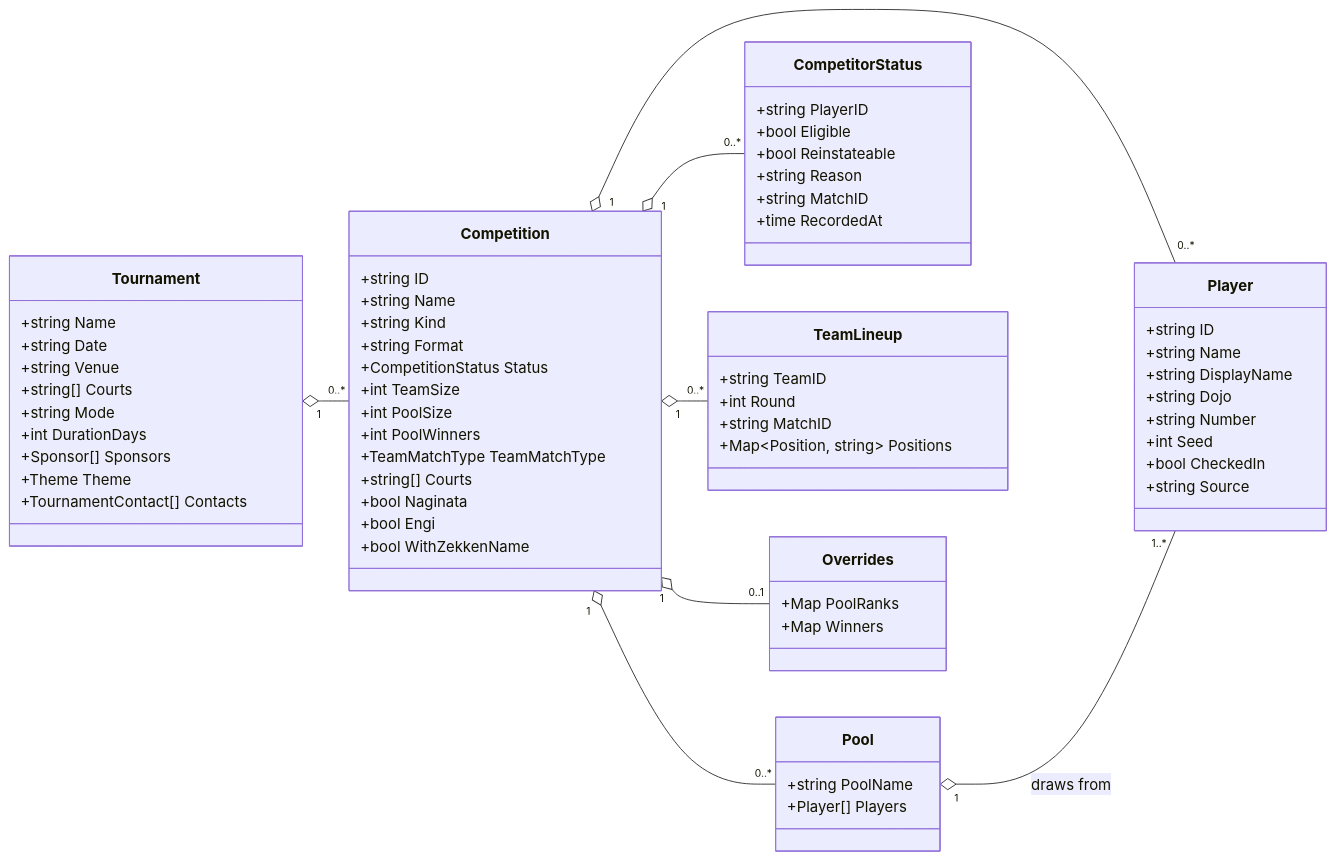
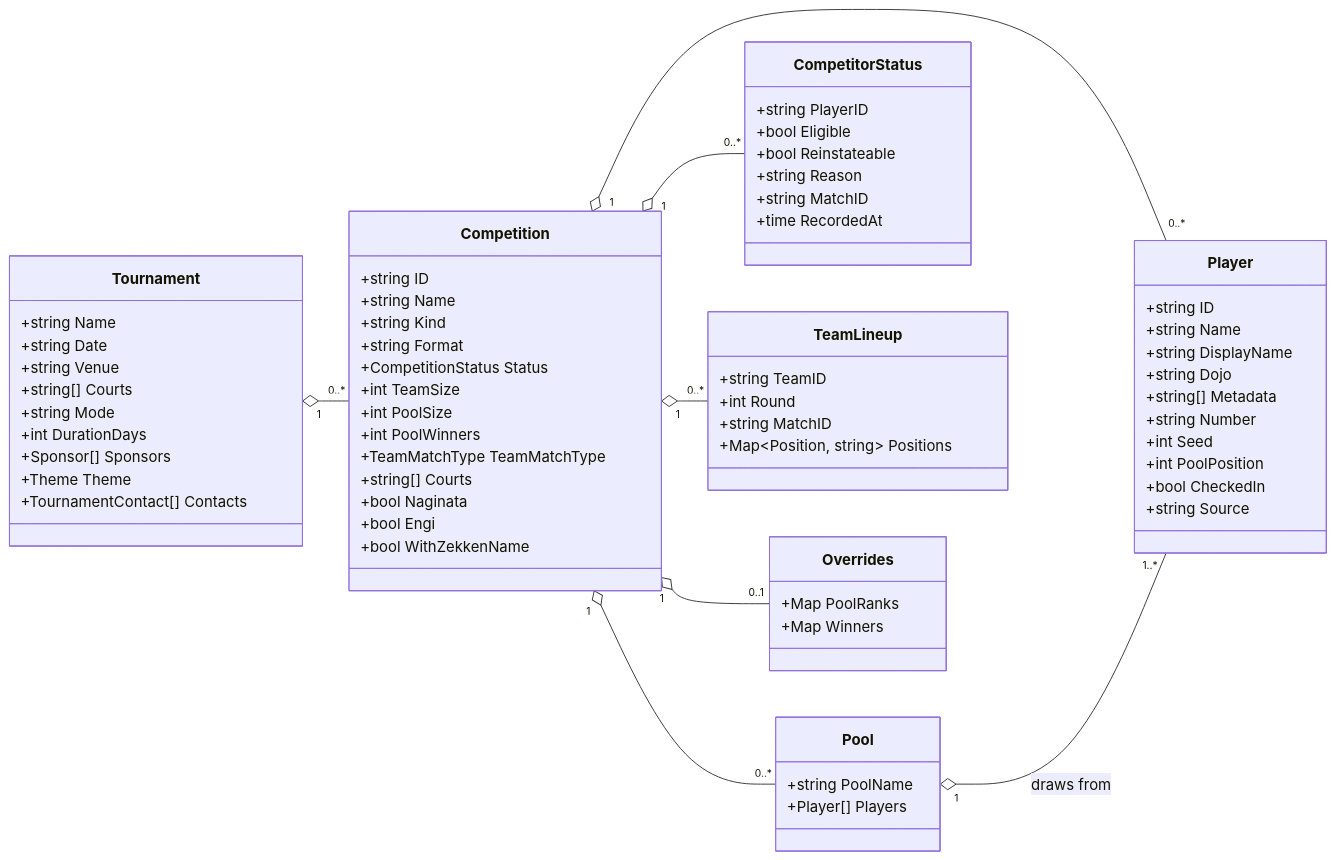
The first of 4 diagrams in docs/architecture/data-model.md (gitrgoliveira/bracket-creator), drawn with Mermaid before and after one commit. The commit also changed other lines of this file and 4 other files, not shown here.

````diff
--- a/docs/architecture/data-model.md
+++ b/docs/architecture/data-model.md
@@ -31,77 +31,79 @@
 ```mermaid
 classDiagram
     direction LR
 
     class Tournament {
         +string Name
         +string Date
         +string Venue
         +string[] Courts
         +string Mode
         +int DurationDays
         +Sponsor[] Sponsors
         +Theme Theme
         +TournamentContact[] Contacts
     }
 
     class Competition {
         +string ID
         +string Name
         +string Kind
         +string Format
         +CompetitionStatus Status
         +int TeamSize
         +int PoolSize
         +int PoolWinners
         +TeamMatchType TeamMatchType
         +string[] Courts
         +bool Naginata
         +bool Engi
         +bool WithZekkenName
     }
 
     class Player {
         +string ID
         +string Name
         +string DisplayName
         +string Dojo
+        +string[] Metadata
         +string Number
         +int Seed
+        +int PoolPosition
         +bool CheckedIn
         +string Source
     }
 
     class Pool {
         +string PoolName
         +Player[] Players
     }
 
     class CompetitorStatus {
         +string PlayerID
         +bool Eligible
         +bool Reinstateable
         +string Reason
         +string MatchID
         +time RecordedAt
     }
 
     class TeamLineup {
         +string TeamID
         +int Round
         +string MatchID
         +Map~Position, string~ Positions
     }
 
     class Overrides {
         +Map PoolRanks
         +Map Winners
     }
 
     Tournament "1" o-- "0..*" Competition
     Competition "1" o-- "0..*" Player
     Competition "1" o-- "0..*" Pool
     Competition "1" o-- "0..*" CompetitorStatus
     Competition "1" o-- "0..*" TeamLineup
     Competition "1" o-- "0..1" Overrides
     Pool "1" o-- "1..*" Player : draws from
 ```
````
